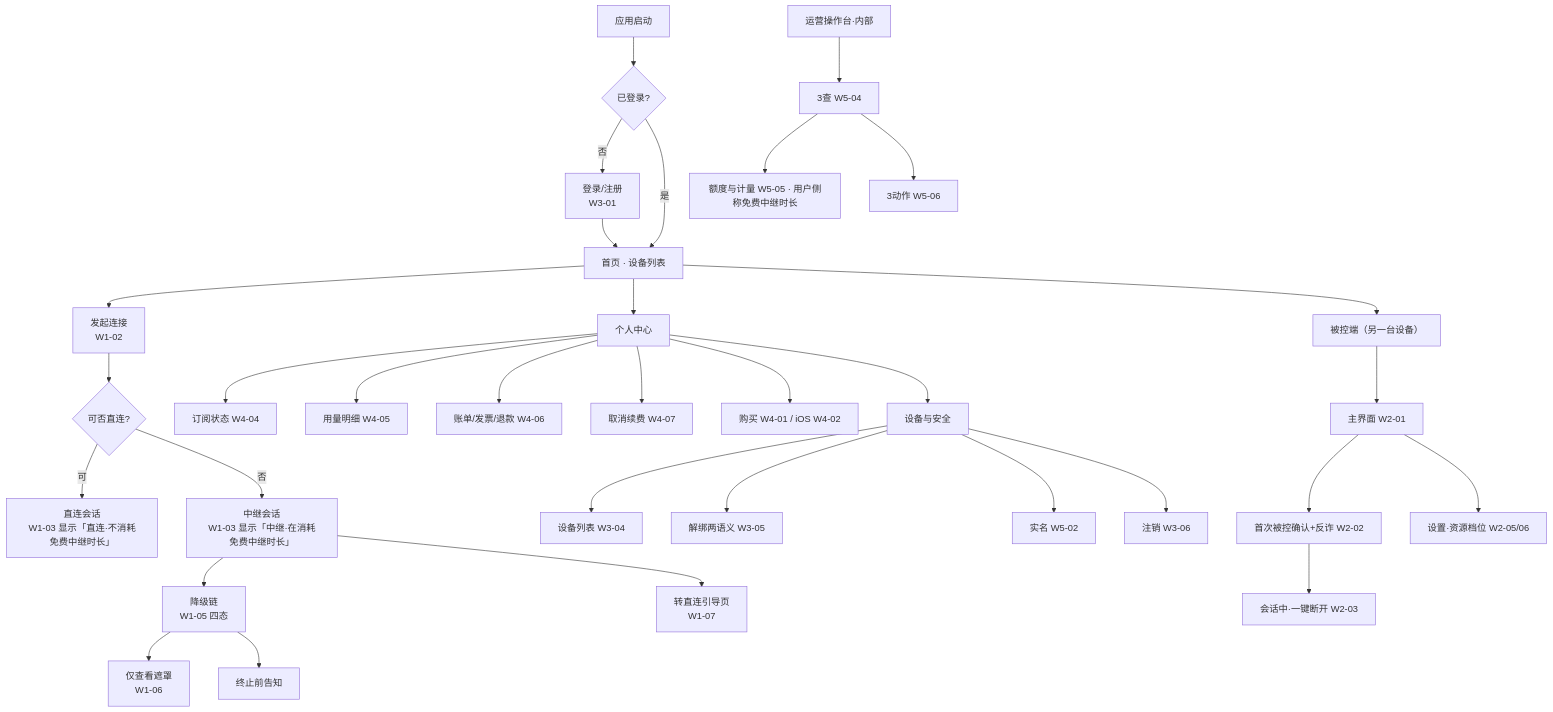
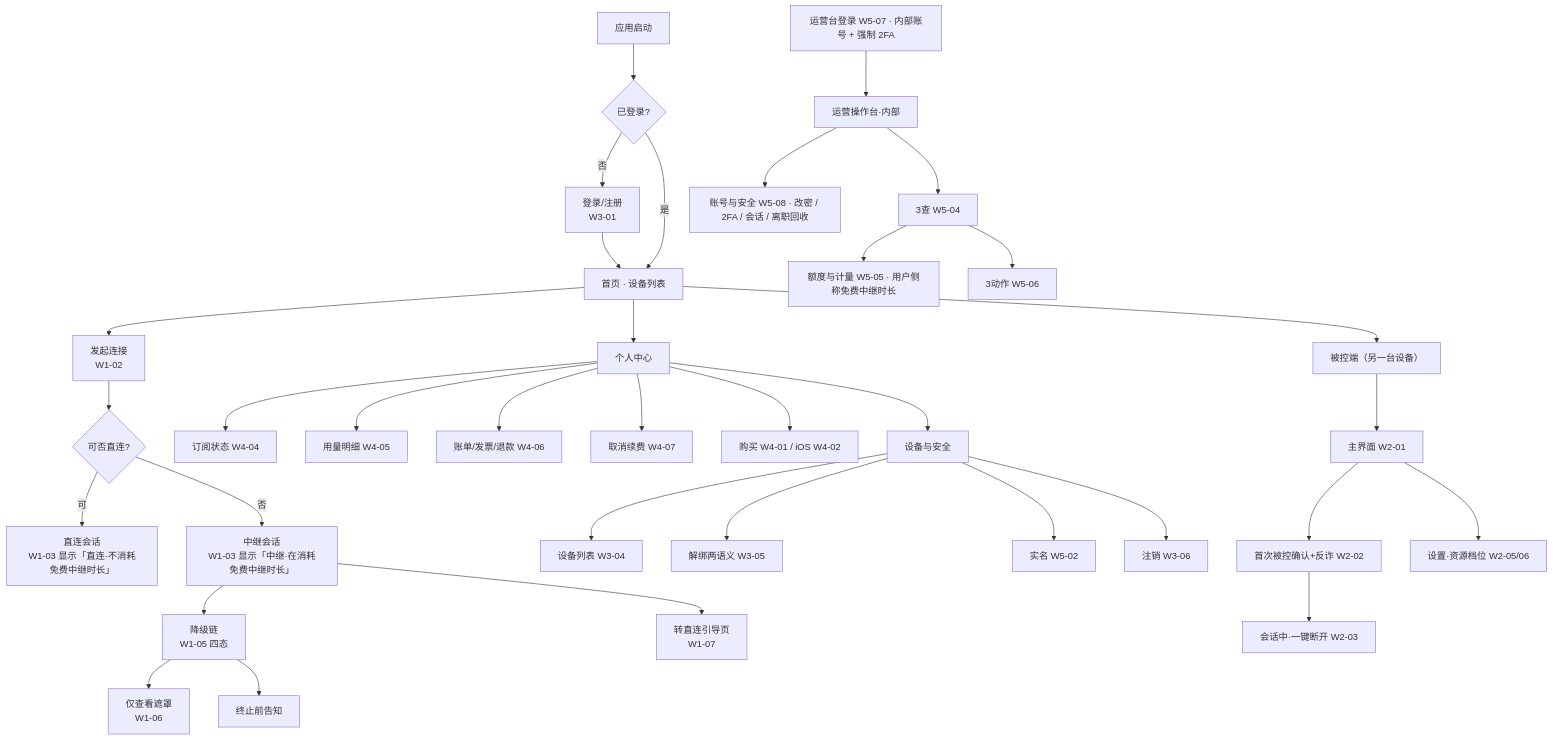
One commit to yuezu1026/desktop-sharing changed the diagram in docs/design/wireframe/README.md. Above: the diagram before and after it, drawn with Mermaid. The commit also changed other lines of this file and 4 other files, not shown here.

````diff
--- a/docs/design/wireframe/README.md
+++ b/docs/design/wireframe/README.md
@@ -162,34 +165,36 @@
 ```mermaid
 graph TD
   A[应用启动] --> B{已登录?}
   B -->|否| C[登录/注册<br/>W3-01]
   C --> D[首页 · 设备列表]
   B -->|是| D
   D --> E[发起连接<br/>W1-02]
   E --> F{可否直连?}
   F -->|可| G[直连会话<br/>W1-03 显示「直连·不消耗免费中继时长」]
   F -->|否| H[中继会话<br/>W1-03 显示「中继·在消耗免费中继时长」]
   H --> I[降级链<br/>W1-05 四态]
   H --> J[转直连引导页<br/>W1-07]
   I --> K[仅查看遮罩<br/>W1-06]
   I --> L[终止前告知]
   D --> M[个人中心]
   M --> M1[订阅状态 W4-04]
   M --> M2[用量明细 W4-05]
   M --> M3[账单/发票/退款 W4-06]
   M --> M4[取消续费 W4-07]
   M --> M5[购买 W4-01 / iOS W4-02]
   M --> M6[设备与安全]
   M6 --> M61[设备列表 W3-04]
   M6 --> M62[解绑两语义 W3-05]
   M6 --> M63[实名 W5-02]
   M6 --> M64[注销 W3-06]
   D --> N[被控端（另一台设备）]
   N --> N1[主界面 W2-01]
   N1 --> N2[首次被控确认+反诈 W2-02]
   N2 --> N3[会话中·一键断开 W2-03]
   N1 --> N4[设置·资源档位 W2-05/06]
+  O0[运营台登录 W5-07 · 内部账号 + 强制 2FA] --> O[运营操作台·内部]
   O[运营操作台·内部] --> O1[3查 W5-04]
   O1 --> O2[额度与计量 W5-05 · 用户侧称免费中继时长]
   O1 --> O3[3动作 W5-06]
+  O --> O4[账号与安全 W5-08 · 改密 / 2FA / 会话 / 离职回收]
 ```
````
